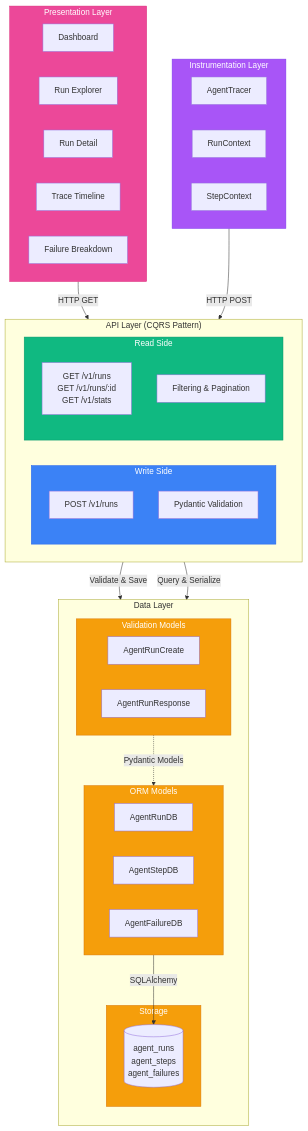
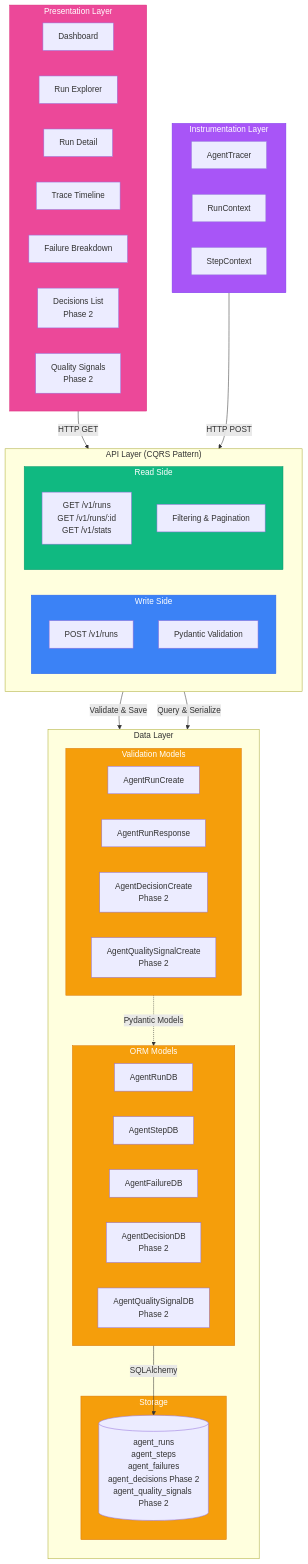
Before and after one commit to laxkc/AgentTracer: the second of 5 diagrams in docs/architecture.md, drawn with Mermaid. The commit also changed other lines of this file and 53 other files, not shown here.

Commit message:
feat: implement AgentTraces Platform Phase 2

````diff
--- a/docs/architecture.md
+++ b/docs/architecture.md
@@ -80,63 +80,69 @@
 ```mermaid
 graph TB
     subgraph Presentation["Presentation Layer"]
         direction LR
         Dashboard[Dashboard]
         RunExplorer[Run Explorer]
         RunDetail[Run Detail]
         Timeline[Trace Timeline]
         Failures[Failure Breakdown]
+        Decisions[Decisions List<br/>Phase 2]
+        Signals[Quality Signals<br/>Phase 2]
     end
 
     subgraph API["API Layer (CQRS Pattern)"]
         direction LR
         subgraph Write["Write Side"]
             IngestEndpoint[POST /v1/runs]
             IngestValidation[Pydantic Validation]
         end
         subgraph Read["Read Side"]
             QueryEndpoints[GET /v1/runs<br/>GET /v1/runs/:id<br/>GET /v1/stats]
             QueryFiltering[Filtering & Pagination]
         end
     end
 
     subgraph Data["Data Layer"]
         direction TB
         subgraph ORM["ORM Models"]
             RunDB[AgentRunDB]
             StepDB[AgentStepDB]
             FailureDB[AgentFailureDB]
+            DecisionDB[AgentDecisionDB<br/>Phase 2]
+            SignalDB[AgentQualitySignalDB<br/>Phase 2]
         end
         subgraph Validation["Validation Models"]
             RunCreate[AgentRunCreate]
             RunResponse[AgentRunResponse]
+            DecisionCreate[AgentDecisionCreate<br/>Phase 2]
+            SignalCreate[AgentQualitySignalCreate<br/>Phase 2]
         end
         subgraph Storage["Storage"]
-            Tables[(agent_runs<br/>agent_steps<br/>agent_failures)]
+            Tables[(agent_runs<br/>agent_steps<br/>agent_failures<br/>agent_decisions Phase 2<br/>agent_quality_signals Phase 2)]
         end
     end
 
     subgraph Instrumentation["Instrumentation Layer"]
         direction LR
         Tracer[AgentTracer]
         RunCtx[RunContext]
         StepCtx[StepContext]
     end
 
     Presentation -->|HTTP GET| Read
     Instrumentation -->|HTTP POST| Write
 
     Write -->|Validate & Save| ORM
     Read -->|Query & Serialize| ORM
 
     ORM -->|SQLAlchemy| Tables
     Validation -.->|Pydantic Models| ORM
 
     style Presentation fill:#ec4899,stroke:#db2777,color:#fff
     style Write fill:#3b82f6,stroke:#2563eb,color:#fff
     style Read fill:#10b981,stroke:#059669,color:#fff
     style ORM fill:#f59e0b,stroke:#d97706,color:#fff
     style Validation fill:#f59e0b,stroke:#d97706,color:#fff
     style Storage fill:#f59e0b,stroke:#d97706,color:#fff
     style Instrumentation fill:#a855f7,stroke:#7c3aed,color:#fff
 ```
````
